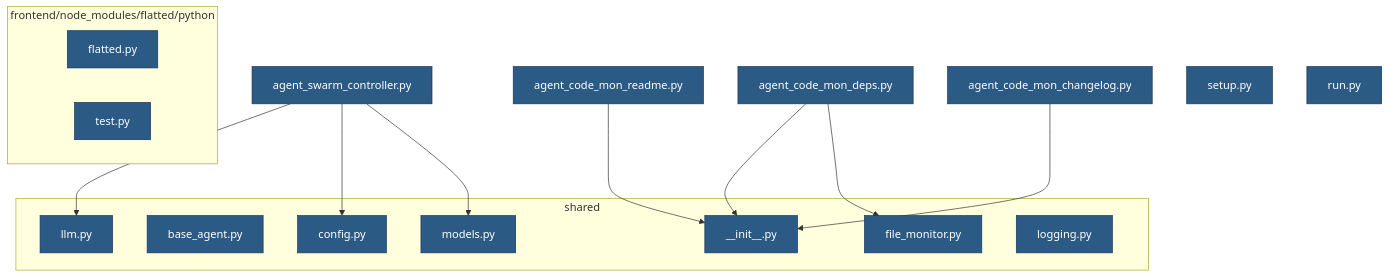
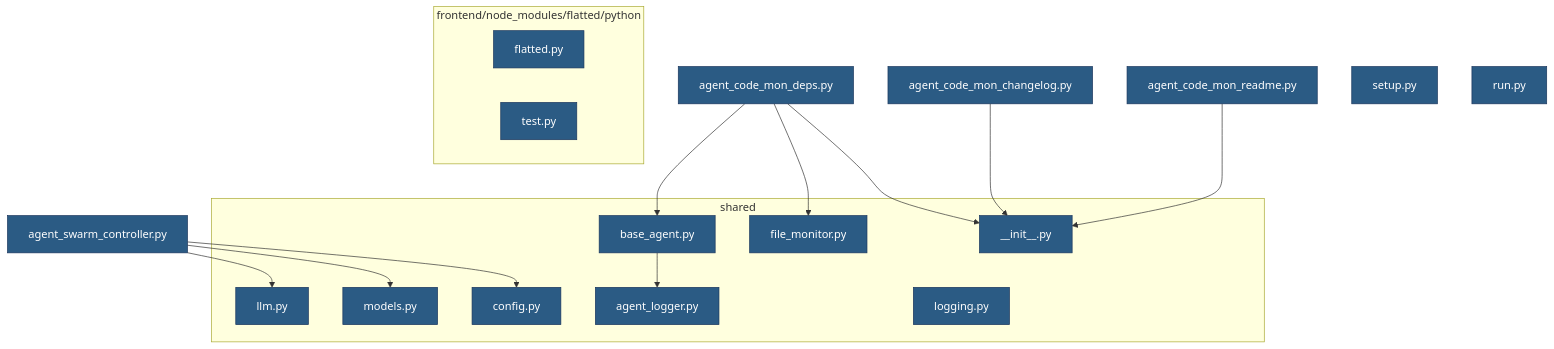
One commit to admica/code_swarm changed the diagram in dependency_graph.md. Above: the diagram before and after it, drawn with Mermaid. The commit also changed other lines of this file and 16 other files, not shown here.

````diff
--- a/dependency_graph.md
+++ b/dependency_graph.md
@@ -5,31 +5,34 @@
 ```mermaid
 graph TD
     classDef python fill:#2b5b84,stroke:#1a365d,color:#fff;
     classDef lua fill:#000080,stroke:#000066,color:#fff;
     subgraph frontend_node_modules_flatted_python[frontend/node_modules/flatted/python]
         frontend_node_modules_flatted_python_flatted[flatted.py]:::python
         frontend_node_modules_flatted_python_test[test.py]:::python
     end
     subgraph shared[shared]
         shared_llm[llm.py]:::python
         shared_base_agent[base_agent.py]:::python
         shared_file_monitor[file_monitor.py]:::python
         shared_models[models.py]:::python
         shared___init__[__init__.py]:::python
         shared_config[config.py]:::python
+        shared_agent_logger[agent_logger.py]:::python
         shared_logging[logging.py]:::python
     end
     agent_code_mon_readme[agent_code_mon_readme.py]:::python
     agent_code_mon_changelog[agent_code_mon_changelog.py]:::python
     agent_code_mon_deps[agent_code_mon_deps.py]:::python
     agent_swarm_controller[agent_swarm_controller.py]:::python
     setup[setup.py]:::python
     run[run.py]:::python
     agent_code_mon_readme --> shared___init__
     agent_code_mon_changelog --> shared___init__
     agent_code_mon_deps --> shared___init__
     agent_code_mon_deps --> shared_file_monitor
+    agent_code_mon_deps --> shared_base_agent
     agent_swarm_controller --> shared_llm
     agent_swarm_controller --> shared_config
     agent_swarm_controller --> shared_models
+    shared_base_agent --> shared_agent_logger
 ```
````
